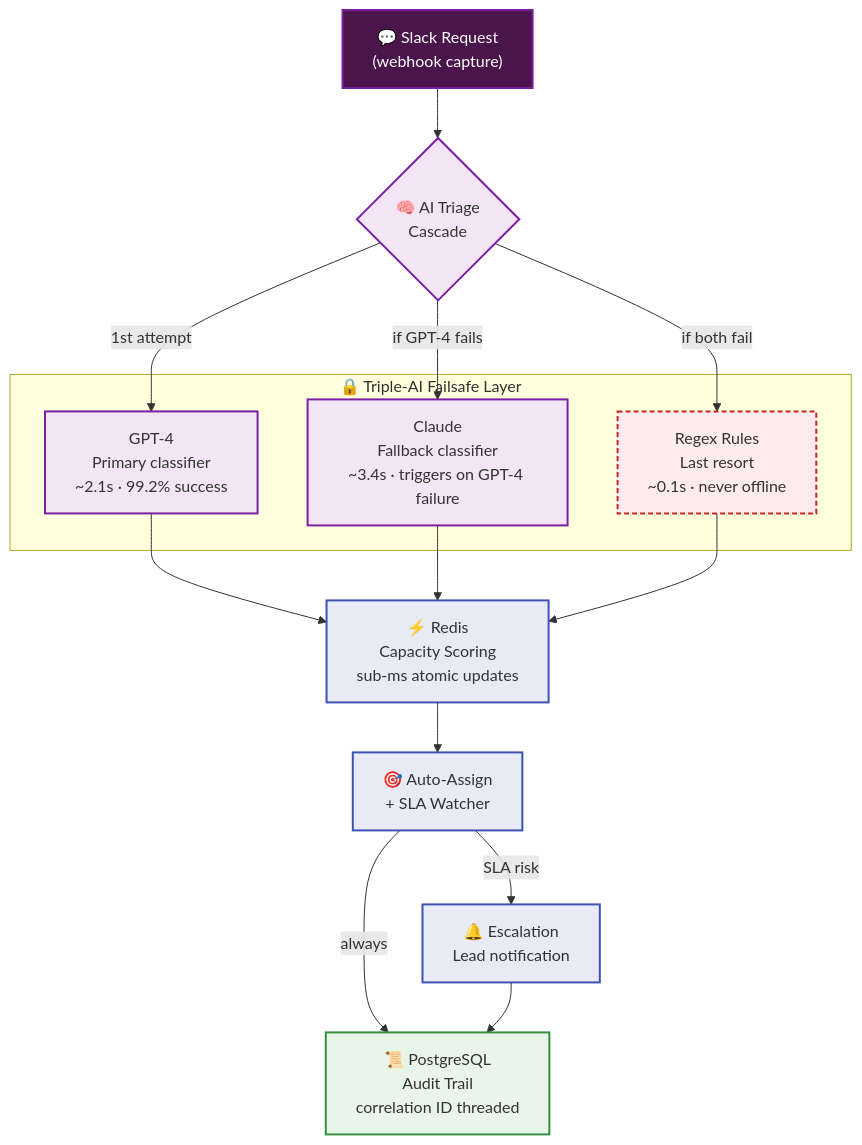
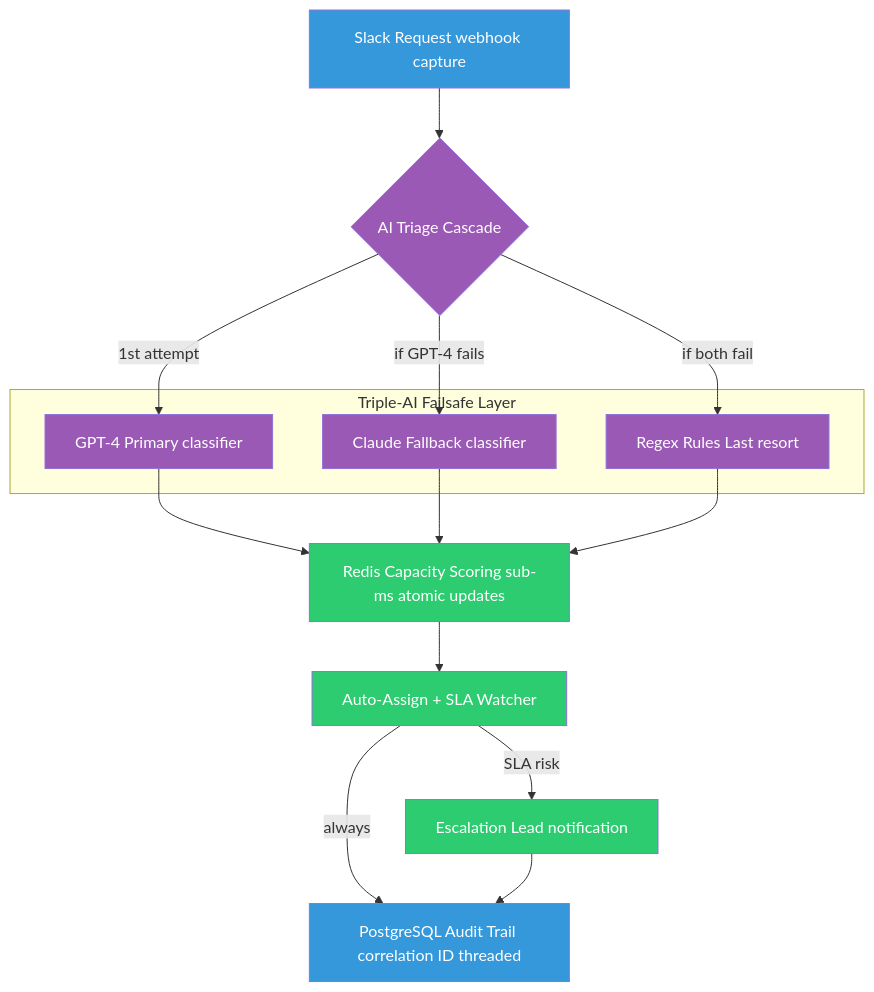
The diagram in README.md (mdsadrhoman123-stack/flowdesk), drawn with Mermaid before and after one commit. The commit also changed other lines of this file, not shown here.

````diff
--- a/README.md
+++ b/README.md
@@ -87,29 +64,27 @@
 ```mermaid
 flowchart TD
-    classDef slack fill:#4A154B,stroke:#7b1fa2,stroke-width:2px,color:#fff
-    classDef ai fill:#f3e5f5,stroke:#7b1fa2,stroke-width:2px
-    classDef core fill:#e8eaf6,stroke:#3f51b5,stroke-width:2px
-    classDef data fill:#e8f5e9,stroke:#388e3c,stroke-width:2px
-    classDef fail fill:#ffebee,stroke:#c62828,stroke-width:2px,stroke-dasharray:5 3
+    classDef blue fill:#3498db,color:#fff
+    classDef purple fill:#9b59b6,color:#fff
+    classDef green fill:#2ecc71,color:#fff
 
-    Slack["💬 Slack Request<br/>(webhook capture)"]:::slack --> Triage{"🧠 AI Triage<br/>Cascade"}:::ai
+    Slack[Slack Request webhook capture]:::blue --> Triage{AI Triage Cascade}:::purple
 
-    subgraph Failsafe[" 🔒 Triple-AI Failsafe Layer "]
-        GPT["GPT-4<br/>Primary classifier<br/>~2.1s · 99.2% success"]:::ai
-        Claude["Claude<br/>Fallback classifier<br/>~3.4s · triggers on GPT-4 failure"]:::ai
-        Regex["Regex Rules<br/>Last resort<br/>~0.1s · never offline"]:::fail
+    subgraph Failsafe[Triple-AI Failsafe Layer]
+        GPT[GPT-4 Primary classifier]
+        Claude[Claude Fallback classifier]
+        Regex[Regex Rules Last resort]
     end
 
-    Triage -->|"1st attempt"| GPT
-    Triage -->|"if GPT-4 fails"| Claude
-    Triage -->|"if both fail"| Regex
+    Triage -->|1st attempt| GPT:::purple
+    Triage -->|if GPT-4 fails| Claude:::purple
+    Triage -->|if both fail| Regex:::purple
 
-    GPT --> Score["⚡ Redis<br/>Capacity Scoring<br/>sub-ms atomic updates"]:::core
-    Claude --> Score
-    Regex --> Score
+    GPT --> Score[Redis Capacity Scoring sub-ms atomic updates]:::green
+    Claude --> Score:::green
+    Regex --> Score:::green
 
-    Score --> Assign["🎯 Auto-Assign<br/>+ SLA Watcher"]:::core
-    Assign -->|"SLA risk"| Alert["🔔 Escalation<br/>Lead notification"]:::core
-    Assign -->|"always"| Audit["📜 PostgreSQL<br/>Audit Trail<br/>correlation ID threaded"]:::data
-    Alert --> Audit
+    Score --> Assign[Auto-Assign + SLA Watcher]:::green
+    Assign -->|SLA risk| Alert[Escalation Lead notification]:::green
+    Assign -->|always| Audit[PostgreSQL Audit Trail correlation ID threaded]:::blue
+    Alert --> Audit:::blue
 ```
````
